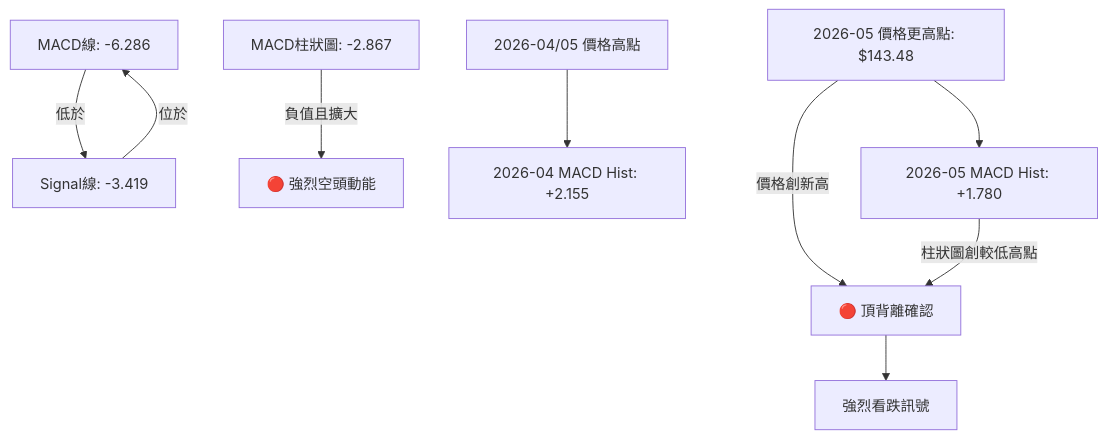
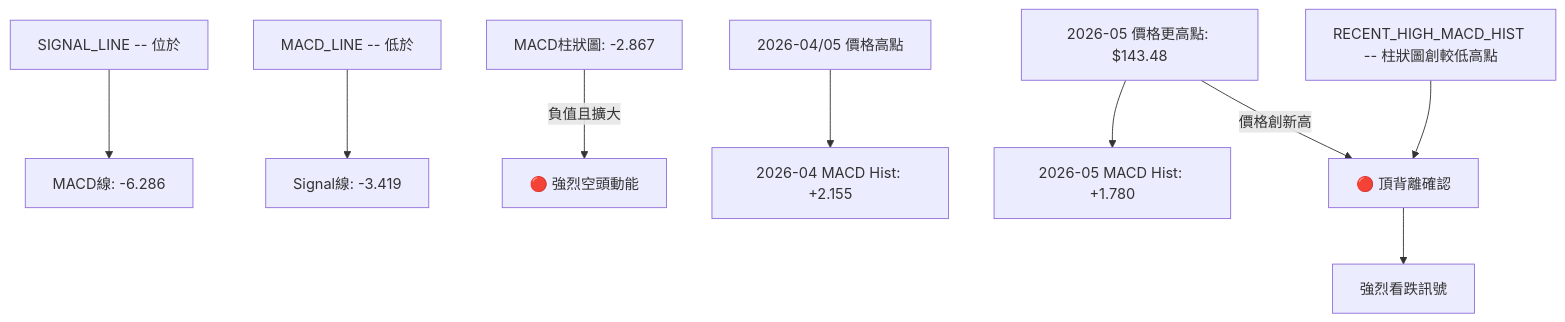
Before and after one commit to yennanliu/finance_data: the ninth of 12 diagrams in ai_gen_report/stock/rklb/technical_analysis_2026-06-30_gemini.md, drawn with Mermaid. The commit also changed other lines of this file and 2258 other files, not shown here.

First line of the commit message:
chore: backfill Mermaid syntax repair across existing reports

````diff
--- a/ai_gen_report/stock/rklb/technical_analysis_2026-06-30_gemini.md
+++ b/ai_gen_report/stock/rklb/technical_analysis_2026-06-30_gemini.md
@@ -550,17 +550,17 @@
 ```mermaid
 graph TD
-    MACD_LINE[MACD線: -6.286]
-    SIGNAL_LINE[Signal線: -3.419]
-    HISTOGRAM[MACD柱狀圖: -2.867]
+    MACD_LINE["MACD線: -6.286"]
+    SIGNAL_LINE["Signal線: -3.419"]
+    HISTOGRAM["MACD柱狀圖: -2.867"]
 
-    MACD_LINE -- 低於 --> SIGNAL_LINE
-    SIGNAL_LINE -- 位於 --> MACD_LINE
-    HISTOGRAM -- 負值且擴大 --> MACD_BEAR[🔴 強烈空頭動能]
+    nb1["MACD_LINE -- 低於"] --> SIGNAL_LINE
+    nb2["SIGNAL_LINE -- 位於"] --> MACD_LINE
+    HISTOGRAM -- 負值且擴大 --> MACD_BEAR["🔴 強烈空頭動能"]
 
-    PREV_HIGH_P[2026-04/05 價格高點] --> PREV_HIGH_MACD_HIST[2026-04 MACD Hist: +2.155]
-    RECENT_HIGH_P[2026-05 價格更高點: $143.48] --> RECENT_HIGH_MACD_HIST[2026-05 MACD Hist: +1.780]
+    PREV_HIGH_P["2026-04/05 價格高點"] --> PREV_HIGH_MACD_HIST["2026-04 MACD Hist: +2.155"]
+    RECENT_HIGH_P["2026-05 價格更高點: $143.48"] --> RECENT_HIGH_MACD_HIST["2026-05 MACD Hist: +1.780"]
 
-    RECENT_HIGH_P -- 價格創新高 --> D[🔴 頂背離確認]
-    RECENT_HIGH_MACD_HIST -- 柱狀圖創較低高點 --> D
-    D --> E[強烈看跌訊號]
+    RECENT_HIGH_P -- 價格創新高 --> D["🔴 頂背離確認"]
+    nb3["RECENT_HIGH_MACD_HIST -- 柱狀圖創較低高點"] --> D
+    D --> E["強烈看跌訊號"]
 ```
````
